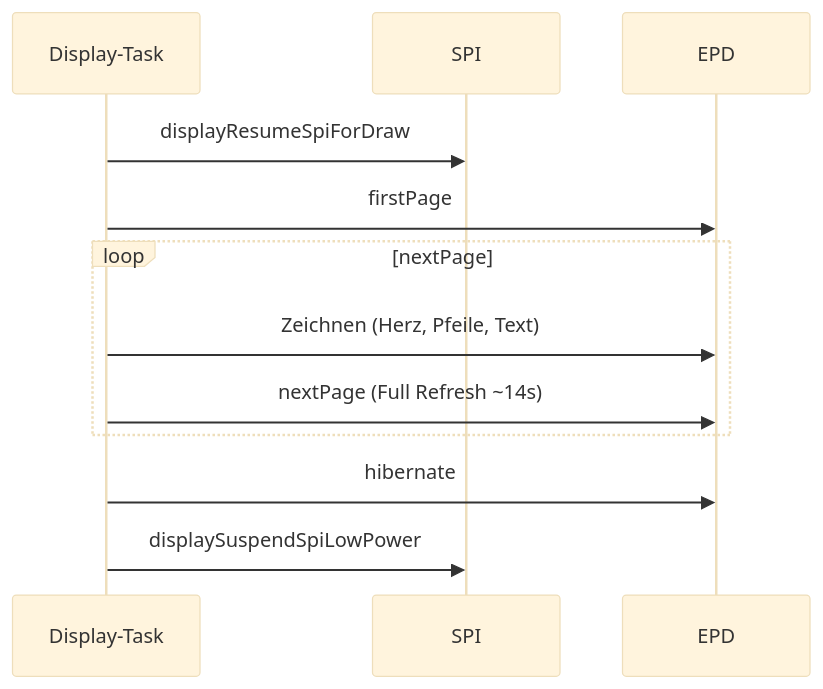
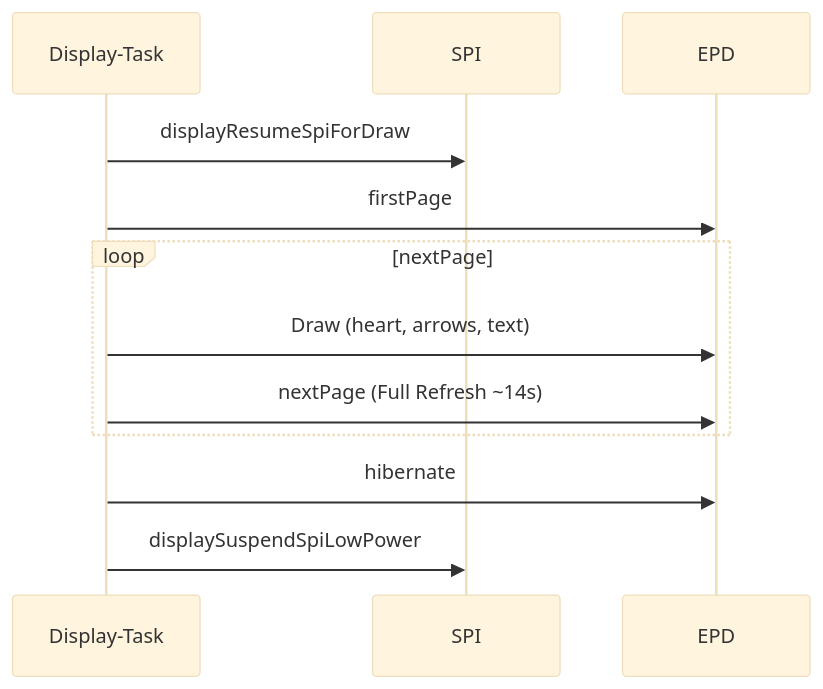
Before and after one commit to EyJunge1/chaya2mqtt: the diagram in docs/DISPLAY.md, drawn with Mermaid (base theme). The commit also changed other lines of this file and 43 other files, not shown here.

````diff
--- a/docs/DISPLAY.md
+++ b/docs/DISPLAY.md
@@ -108,15 +108,15 @@
 ```mermaid
 sequenceDiagram
     participant T as Display-Task
     participant S as SPI
     participant E as EPD
 
     T->>S: displayResumeSpiForDraw
     T->>E: firstPage
     loop nextPage
-        T->>E: Zeichnen (Herz, Pfeile, Text)
+        T->>E: Draw (heart, arrows, text)
         T->>E: nextPage (Full Refresh ~14s)
     end
     T->>E: hibernate
     T->>S: displaySuspendSpiLowPower
 ```
````
